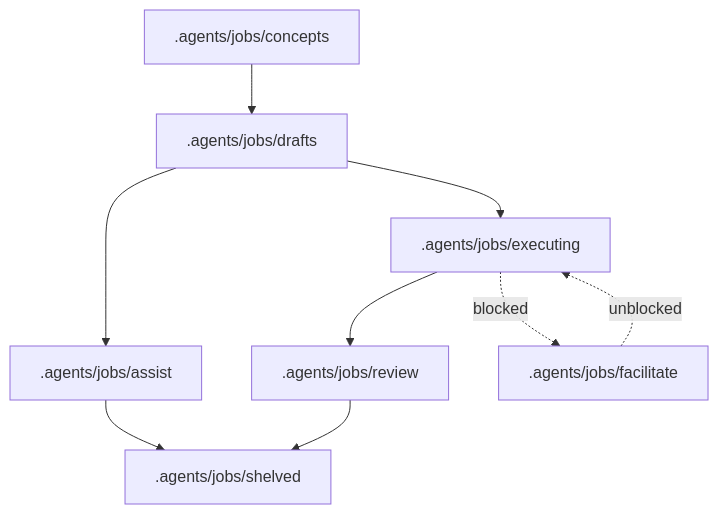
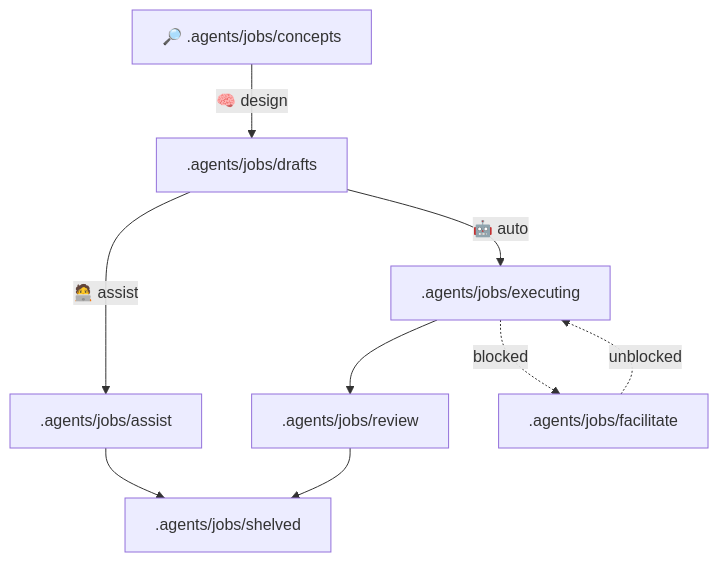
One commit to ahumandev/autocode changed the diagram in docs/usage.md. Above: the diagram before and after it, drawn with Mermaid. The commit also changed other lines of this file and 1 other file, not shown here.

First line of the commit message:
feat(agents) - add missing edit agent

````diff
--- a/docs/usage.md
+++ b/docs/usage.md
@@ -16,11 +17,11 @@
 ```mermaid
 flowchart TD
-  Concepts[.agents/jobs/concepts] --> Drafts[.agents/jobs/drafts]
-  Drafts --> Assist[.agents/jobs/assist]
-  Drafts --> Executing[.agents/jobs/executing]
+  Concepts[🔎 .agents/jobs/concepts] --🧠 design-->  Drafts[.agents/jobs/drafts]
+  Drafts --🧑‍💻 assist --> Assist[.agents/jobs/assist]
+  Drafts --🤖 auto --> Executing[.agents/jobs/executing]
   Executing --> Review[.agents/jobs/review]
   Executing -.blocked.-> Facilitate[.agents/jobs/facilitate]
   Facilitate -.unblocked.-> Executing
   Assist --> Shelved[.agents/jobs/shelved]
-  Review --> Shelved[.agents/jobs/shelved]
+  Review --> Shelved
 ```
````
